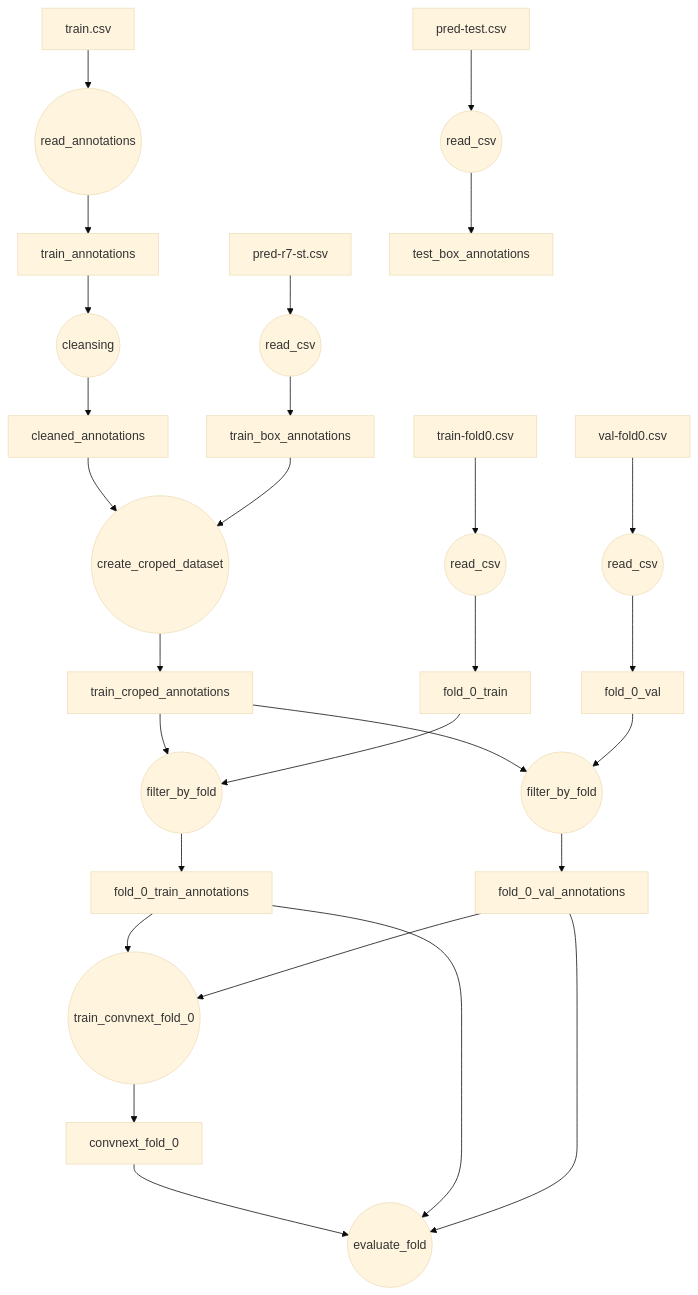
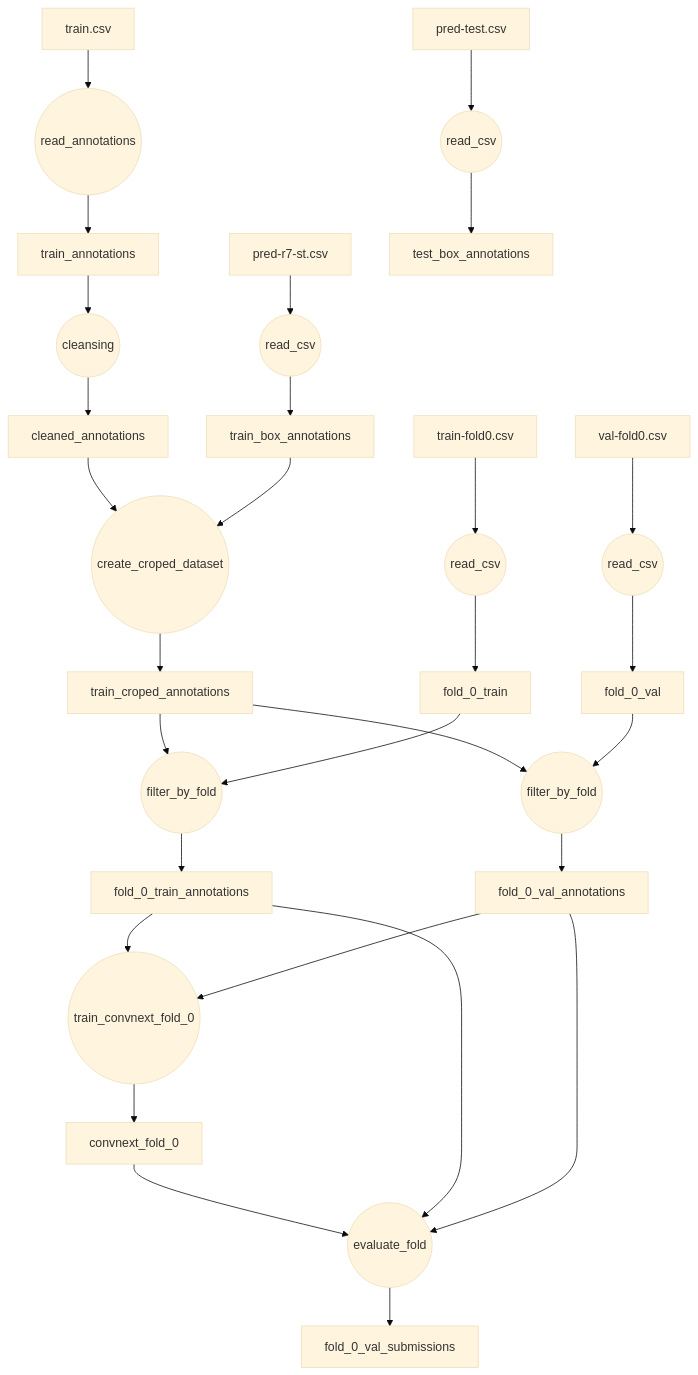
One commit to h4nyu/vision-tools changed the diagram in hwad_bench/README.md. Above: the diagram before and after it, drawn with Mermaid (base theme).

````diff
--- a/hwad_bench/README.md
+++ b/hwad_bench/README.md
@@ -1,24 +1,24 @@
 ```mermaid
 flowchart TB
 train.csv --> read_annotations((read_annotations))
 read_annotations --> train_annotations
 train_annotations --> cleansing((cleansing)) --> cleaned_annotations
 pred-r7-st.csv --> read_csv((read_csv)) --> train_box_annotations
 cleaned_annotations --> create_croped_dataset0((create_croped_dataset)) --> train_croped_annotations
 train_box_annotations --> create_croped_dataset0
 train-fold0.csv --> read_csv0((read_csv)) --> fold_0_train
 val-fold0.csv --> read_csv1((read_csv)) --> fold_0_val
 train_croped_annotations --> filter_by_fold0((filter_by_fold)) --> fold_0_train_annotations
 fold_0_train --> filter_by_fold0
 train_croped_annotations --> filter_by_fold1((filter_by_fold)) --> fold_0_val_annotations
 fold_0_val --> filter_by_fold1
 
 fold_0_train_annotations --> train0((train_convnext_fold_0))
 fold_0_val_annotations --> train0
 pred-test.csv --> read_csv2((read_csv)) --> test_box_annotations
 train0((train_convnext_fold_0)) --> convnext_fold_0
 convnext_fold_0 --> evaluate_fold0((evaluate_fold)) 
-fold_0_train_annotations --> evaluate_fold0((evaluate_fold))
+fold_0_train_annotations --> evaluate_fold0((evaluate_fold)) --> fold_0_val_submissions
 fold_0_val_annotations --> evaluate_fold0
 
 ```
````
